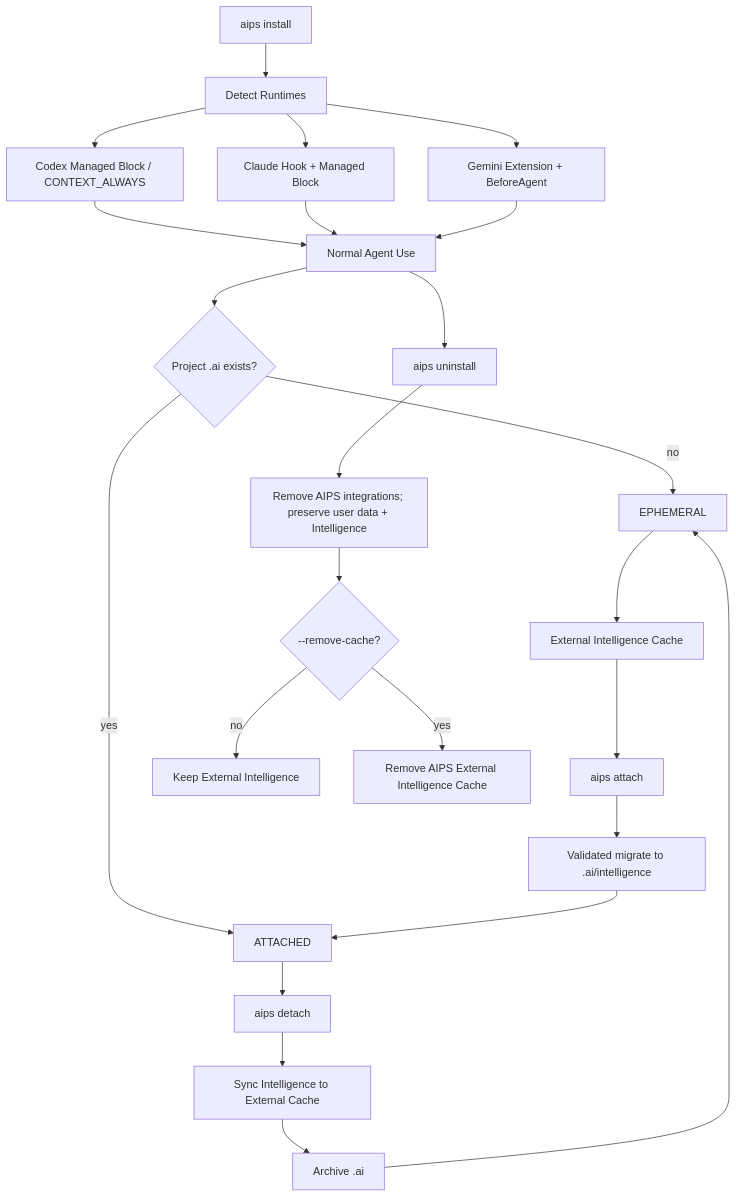
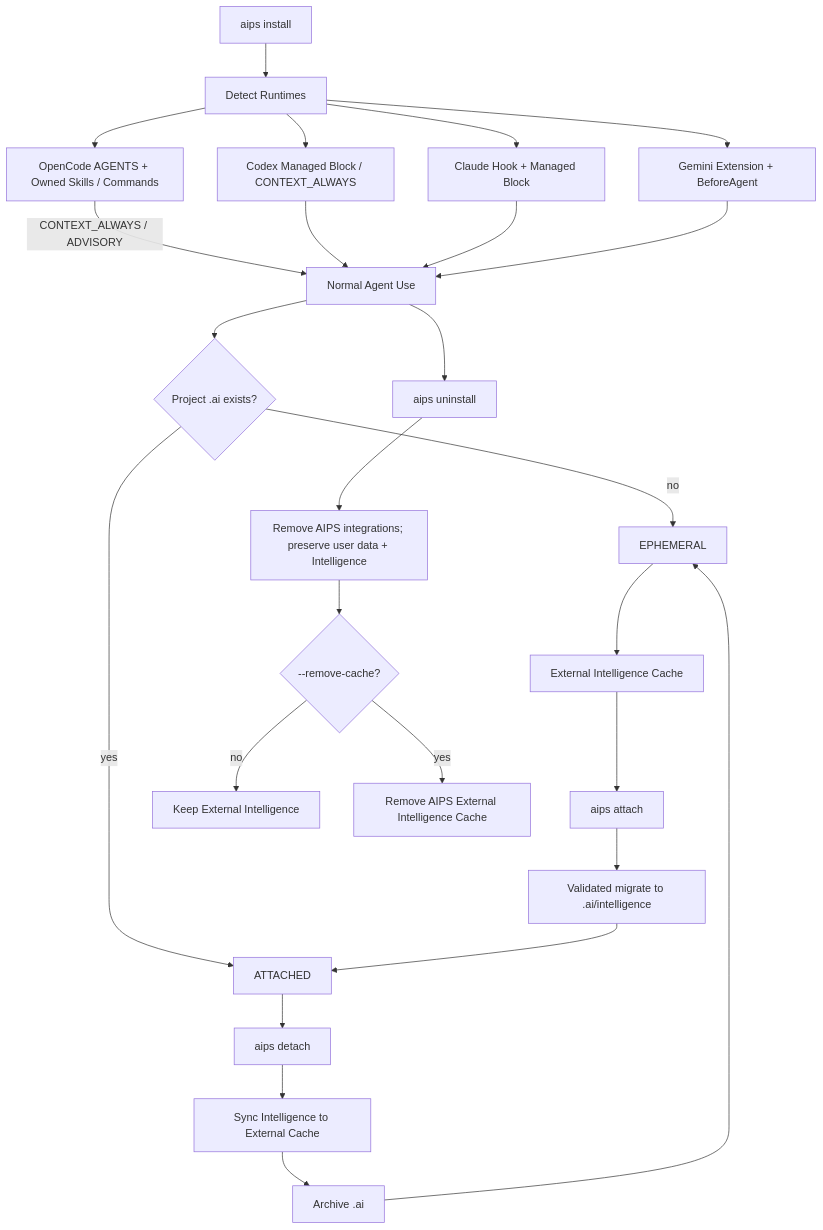
One commit to LucasLu3918/ai-product-system changed diagram 30 of 45 in docs/ARCHITECTURE.md. Above: the diagram before and after it, drawn with Mermaid. The commit also changed other lines of this file and 87 other files, not shown here.

Commit message:
feat(harness): integrate ownership-safe OpenCode native projections

```diff
--- a/docs/ARCHITECTURE.md
+++ b/docs/ARCHITECTURE.md
@@ -674,26 +676,28 @@
 ~~~mermaid
 flowchart TD
     INSTALL[aips install] --> DET[Detect Runtimes]
     DET --> C[Codex Managed Block / CONTEXT_ALWAYS]
     DET --> CL[Claude Hook + Managed Block]
     DET --> G[Gemini Extension + BeforeAgent]
+    DET --> OC[OpenCode AGENTS + Owned Skills / Commands]
+    OC -->|CONTEXT_ALWAYS / ADVISORY| USE
     C --> USE[Normal Agent Use]
     CL --> USE
     G --> USE
     USE --> PM{Project .ai exists?}
     PM -->|no| E[EPHEMERAL]
     PM -->|yes| A[ATTACHED]
     E --> EC[External Intelligence Cache]
     EC --> AT[aips attach]
     AT --> MIG[Validated migrate to .ai/intelligence]
     MIG --> A
     A --> DT[aips detach]
     DT --> SYNC[Sync Intelligence to External Cache]
     SYNC --> ARC[Archive .ai]
     ARC --> E
     USE --> UN[aips uninstall]
     UN --> KEEP[Remove AIPS integrations; preserve user data + Intelligence]
     KEEP --> RC{--remove-cache?}
     RC -->|no| PRES[Keep External Intelligence]
     RC -->|yes| DEL[Remove AIPS External Intelligence Cache]
 ~~~
```
